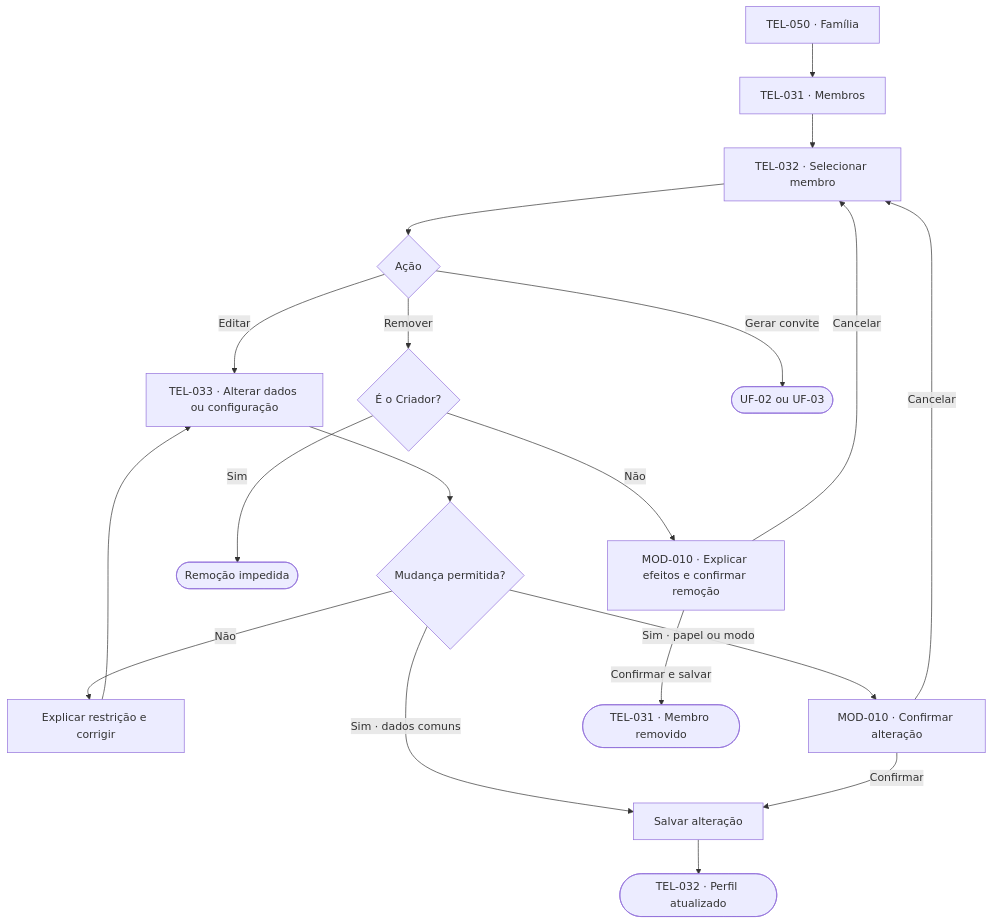
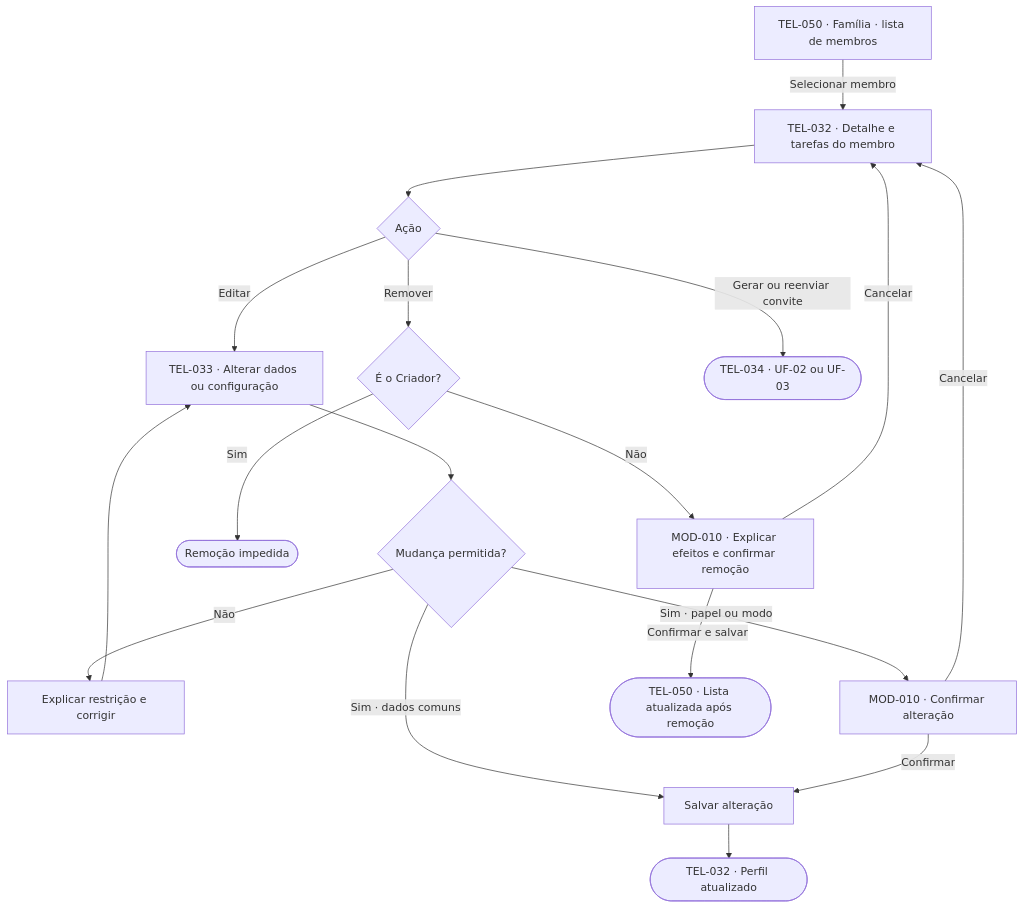
Before and after one commit to lizandramalta/App-Rotina-Familiar: diagram 12 of 15 in docs/design/user-flows.md, drawn with Mermaid. The commit also changed other lines of this file and 20 other files, not shown here.

````diff
--- a/docs/design/user-flows.md
+++ b/docs/design/user-flows.md
@@ -434,21 +437,20 @@
 ```mermaid
 flowchart TD
-    A["TEL-050 · Família"] --> B["TEL-031 · Membros"]
-    B --> C["TEL-032 · Selecionar membro"]
+    A["TEL-050 · Família · lista de membros"] -->|Selecionar membro| C["TEL-032 · Detalhe e tarefas do membro"]
     C --> D{"Ação"}
     D -->|Editar| E["TEL-033 · Alterar dados ou configuração"]
     E --> F{"Mudança permitida?"}
     F -->|Não| G["Explicar restrição e corrigir"]
     G --> E
     F -->|Sim · dados comuns| H["Salvar alteração"]
     F -->|Sim · papel ou modo| I["MOD-010 · Confirmar alteração"]
     I -->|Confirmar| H
     I -->|Cancelar| C
     H --> J(["TEL-032 · Perfil atualizado"])
     D -->|Remover| K{"É o Criador?"}
     K -->|Sim| L(["Remoção impedida"])
     K -->|Não| M["MOD-010 · Explicar efeitos e confirmar remoção"]
     M -->|Cancelar| C
-    M -->|Confirmar e salvar| N(["TEL-031 · Membro removido"])
-    D -->|Gerar convite| O(["UF-02 ou UF-03"])
+    M -->|Confirmar e salvar| N(["TEL-050 · Lista atualizada após remoção"])
+    D -->|Gerar ou reenviar convite| O(["TEL-034 · UF-02 ou UF-03"])
 ```
````
